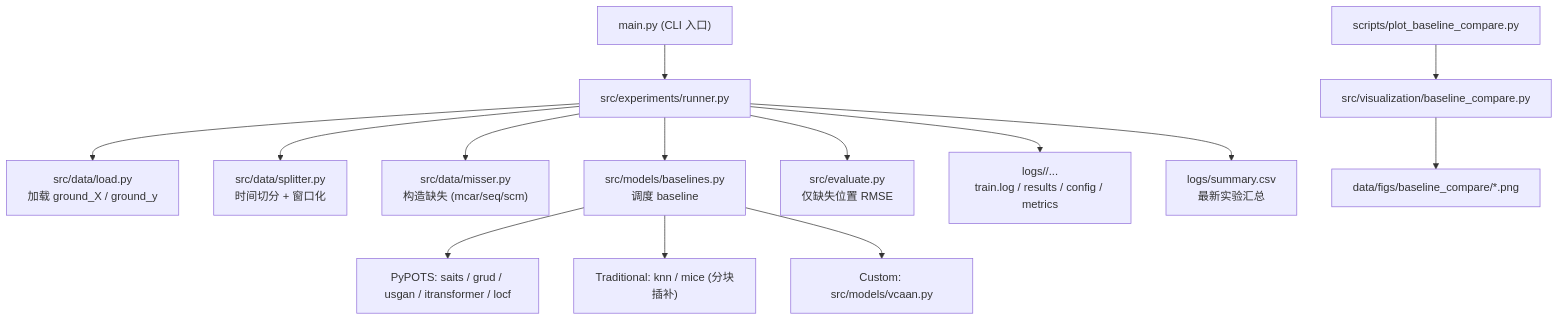
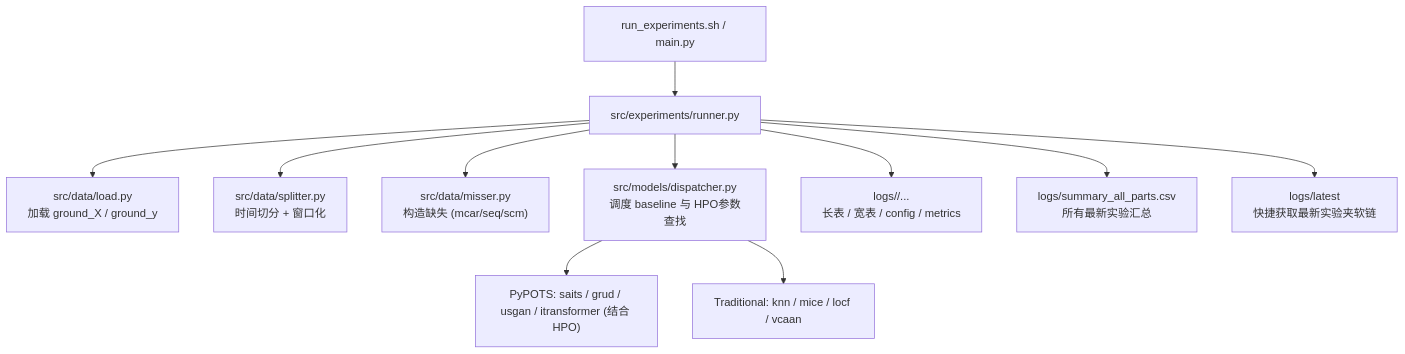
The diagram in README.md (xlxsgit/st-missing-fill), drawn with Mermaid before and after one commit. The commit also changed other lines of this file and 19 other files, not shown here.

Commit message:
Refactor(experiments): migrate to centralized HPO loop, support custom splits and reduce search space

````diff
--- a/README.md
+++ b/README.md
@@ -8,16 +8,13 @@
 ```mermaid
 flowchart TD
-    A["main.py (CLI 入口)"] --> B["src/experiments/runner.py"]
+    A["run_experiments.sh / main.py"] --> B["src/experiments/runner.py"]
     B --> C["src/data/load.py<br/>加载 ground_X / ground_y"]
     B --> D["src/data/splitter.py<br/>时间切分 + 窗口化"]
     B --> E["src/data/misser.py<br/>构造缺失 (mcar/seq/scm)"]
-    B --> F["src/models/baselines.py<br/>调度 baseline"]
-    F --> F1["PyPOTS: saits / grud / usgan / itransformer / locf"]
-    F --> F2["Traditional: knn / mice (分块插补)"]
-    F --> F3["Custom: src/models/vcaan.py"]
-    B --> G["src/evaluate.py<br/>仅缺失位置 RMSE"]
-    B --> H["logs/<run_id>/...<br/>train.log / results / config / metrics"]
-    B --> I["logs/summary.csv<br/>最新实验汇总"]
-    J["scripts/plot_baseline_compare.py"] --> K["src/visualization/baseline_compare.py"]
-    K --> L["data/figs/baseline_compare/*.png"]
+    B --> F["src/models/dispatcher.py<br/>调度 baseline 与 HPO参数查找"]
+    F --> F1["PyPOTS: saits / grud / usgan / itransformer (结合 HPO)"]
+    F --> F2["Traditional: knn / mice / locf / vcaan"]
+    B --> H["logs/<run_id>/...<br/>长表 / 宽表 / config / metrics"]
+    B --> I["logs/summary_all_parts.csv<br/>所有最新实验汇总"]
+    B --> J["logs/latest<br/>快捷获取最新实验夹软链"]
 ```
````
